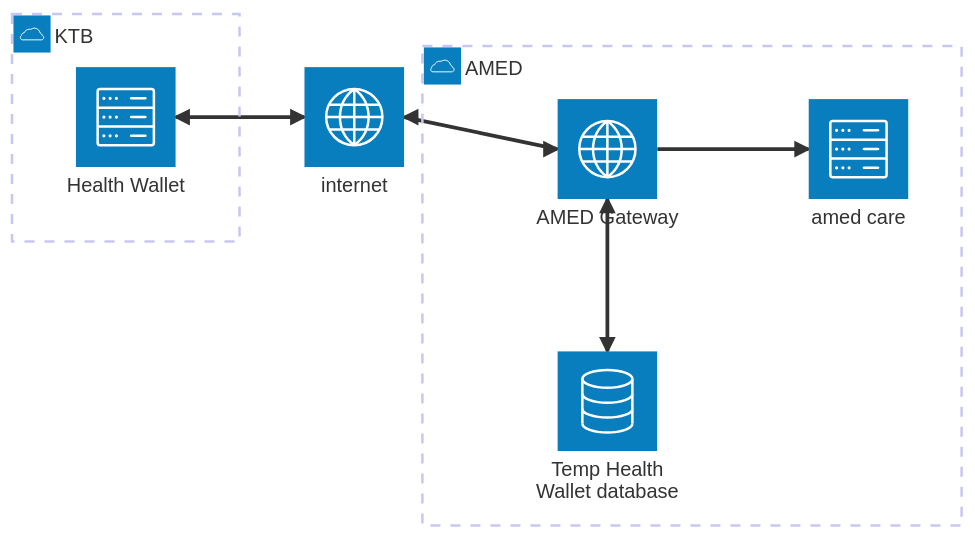
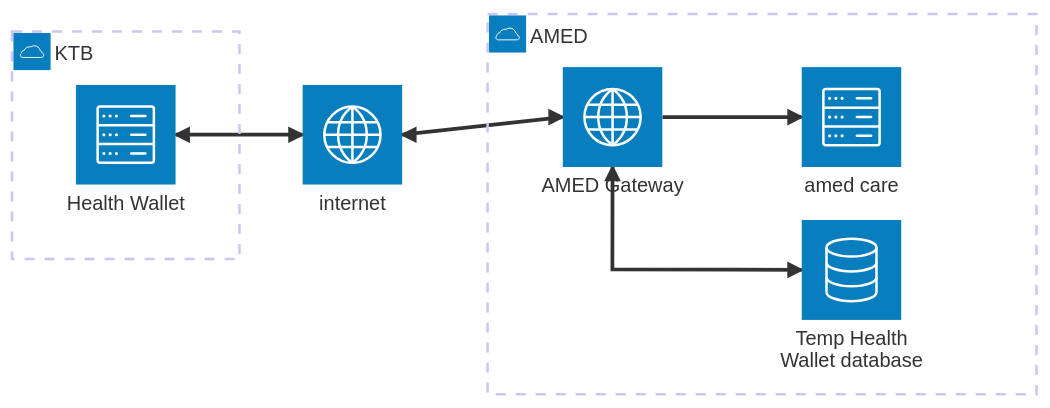
The first of 5 diagrams in ktb-amed/README.md (lionants02/public), drawn with Mermaid before and after one commit.

Commit message:
update diagram

````diff
--- a/ktb-amed/README.md
+++ b/ktb-amed/README.md
@@ -16,17 +16,17 @@
 ```mermaid
 architecture-beta
     group ktb(cloud)[KTB]
         service hw(server)[Health Wallet] in ktb
 
     group amed(cloud)[AMED]
         service amed_gw(internet)[AMED Gateway] in amed
         service amed_system(server)[amed care] in amed
         service temp_db(database)[Temp Health Wallet database] in amed
-            temp_db:T <--> B:amed_gw
+            temp_db:L <--> B:amed_gw
             amed_system:L <-- R:amed_gw
 
     service gb(internet)[internet]
 
     hw:R <--> L:gb
     gb:R <--> L:amed_gw
 ```
````
